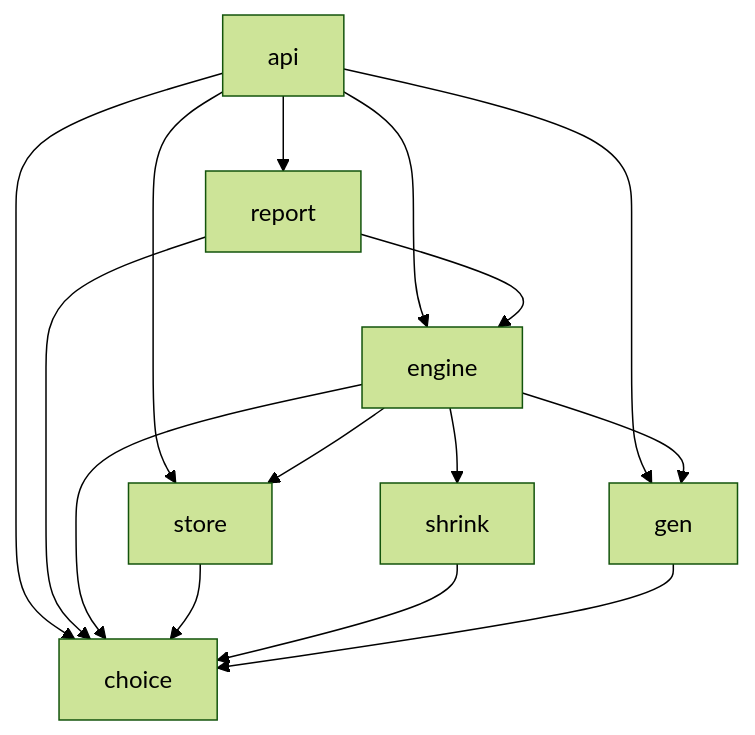
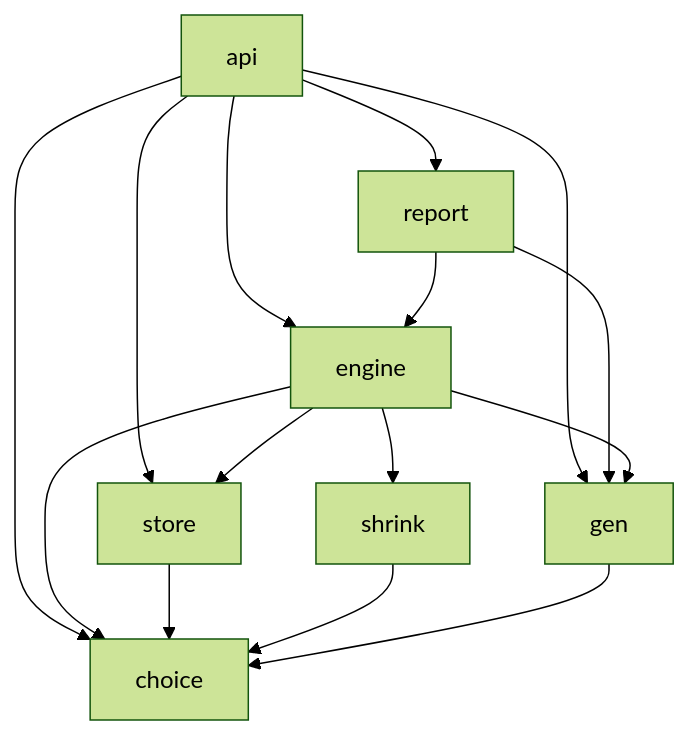
Before and after one commit to lewis-dot-software/grit: the second of 2 diagrams in docs/architecture.md, drawn with Mermaid (forest theme). The commit also changed other lines of this file and 23 other files, not shown here.

````diff
--- a/docs/architecture.md
+++ b/docs/architecture.md
@@ -140,17 +140,17 @@
 ```mermaid
 flowchart TD
   api["api"] --> report["report"]
   api --> engine["engine"]
   api --> store["store"]
   api --> gen["gen"]
   api --> choice["choice"]
   report --> engine
-  report --> choice
+  report --> gen
   engine --> store
   engine --> shrink["shrink"]
   engine --> gen
   engine --> choice
   store --> choice
   shrink --> choice
   gen --> choice
 ```
````
